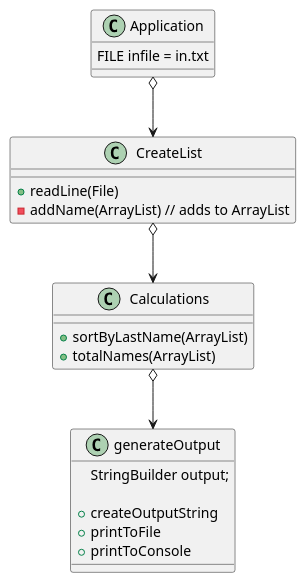
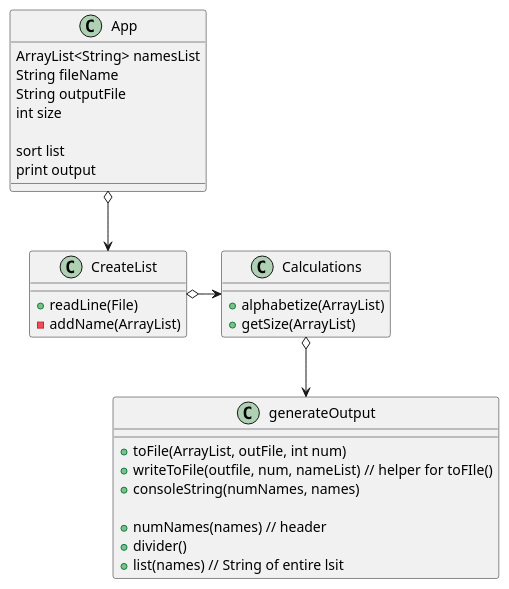
Before and after one commit to savosburn/osburn-cop3330-assignment3: the diagram in src/main/java/oop/assignment3/ex41/assignment3_ex41_diagram.puml, drawn with PlantUML. The commit also changed 5 other files, not shown here.

```diff
--- a/src/main/java/oop/assignment3/ex41/assignment3_ex41_diagram.puml
+++ b/src/main/java/oop/assignment3/ex41/assignment3_ex41_diagram.puml
@@ -1,29 +1,37 @@
 @startuml
 
-class Application {
-    FILE infile = in.txt
+class App{
+    ArrayList<String> namesList
+    String fileName
+    String outputFile
+    int size
+
+    sort list
+    print output
 }
 
 class CreateList {
 
     + readLine(File)
-    - addName(ArrayList) // adds to ArrayList
+    - addName(ArrayList)
 }
 
 class Calculations {
-    + sortByLastName(ArrayList)
-    + totalNames(ArrayList)
+    + alphabetize(ArrayList)
+    + getSize(ArrayList)
 }
 
 class generateOutput {
-    StringBuilder output;
+    + toFile(ArrayList, outFile, int num)
+    + writeToFile(outfile, num, nameList) // helper for toFIle()
+    + consoleString(numNames, names)
 
-    + createOutputString
-    + printToFile
-    + printToConsole
+    + numNames(names) // header
+    + divider()
+    + list(names) // String of entire lsit
 }
 
-Application o--> CreateList
-CreateList o--> Calculations
+App o--> CreateList
+CreateList o-> Calculations
 Calculations o--> generateOutput
 @enduml
```
